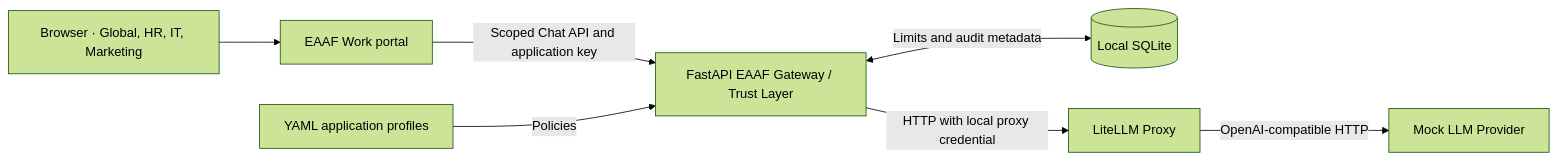
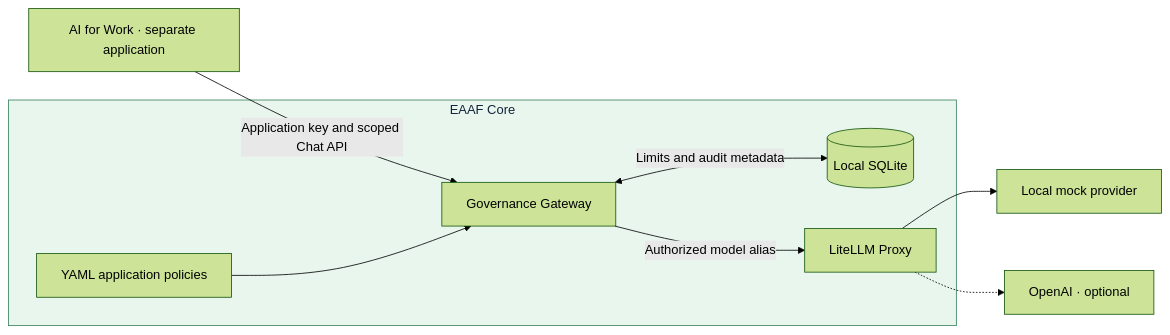
Before and after one commit to tandrian06/eaaf: the first of 2 diagrams in docs/architecture.md, drawn with Mermaid (forest theme). The commit also changed other lines of this file and 1 other file, not shown here.

Commit message:
Show the EAAF Core boundary in the architecture diagrams

````diff
--- a/docs/architecture.md
+++ b/docs/architecture.md
@@ -5,9 +5,15 @@
 ```mermaid
 flowchart LR
-    Client["Browser · Global, HR, IT, Marketing"] --> Work["EAAF Work portal"]
-    Work -->|Scoped Chat API and application key| Gateway["FastAPI EAAF Gateway / Trust Layer"]
-    Profiles[YAML application profiles] -->|Policies| Gateway
-    Gateway <-->|Limits and audit metadata| Usage[(Local SQLite)]
-    Gateway -->|HTTP with local proxy credential| Proxy[LiteLLM Proxy]
-    Proxy -->|OpenAI-compatible HTTP| Mock[Mock LLM Provider]
+    Work["AI for Work · separate application"] -->|"Application key and scoped Chat API"| Gateway
+
+    subgraph Core["EAAF Core"]
+        Profiles["YAML application policies"] --> Gateway["Governance Gateway"]
+        Gateway <-->|"Limits and audit metadata"| Usage[("Local SQLite")]
+        Gateway -->|"Authorized model alias"| Proxy["LiteLLM Proxy"]
+    end
+
+    Proxy --> Mock["Local mock provider"]
+    Proxy -.-> OpenAI["OpenAI · optional"]
+
+    style Core fill:#e8f6ee,stroke:#37805b,color:#14243a
 ```
````
